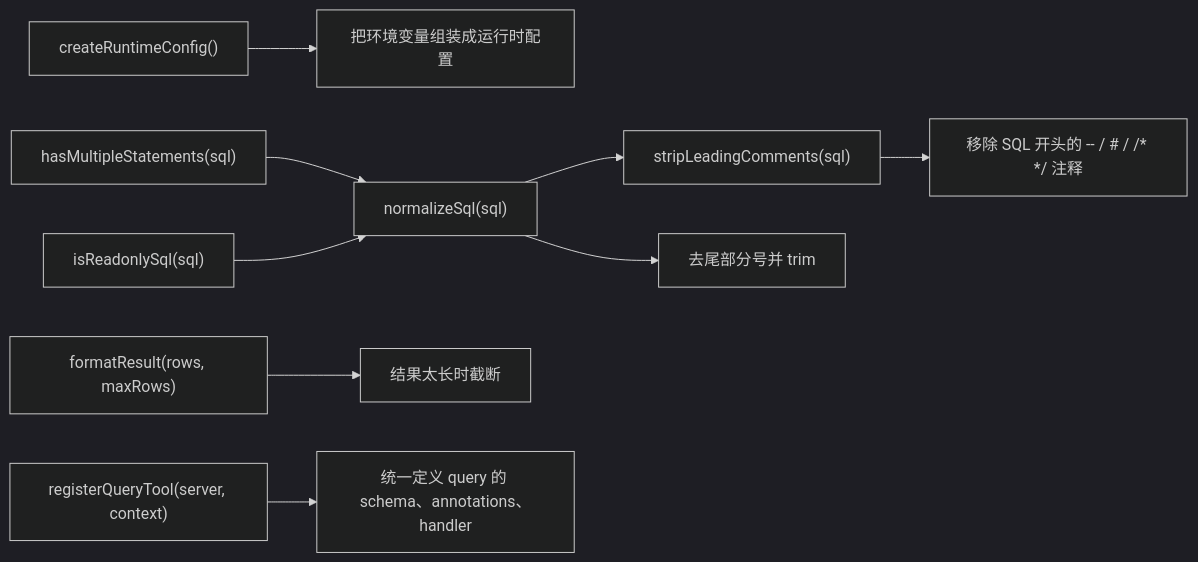
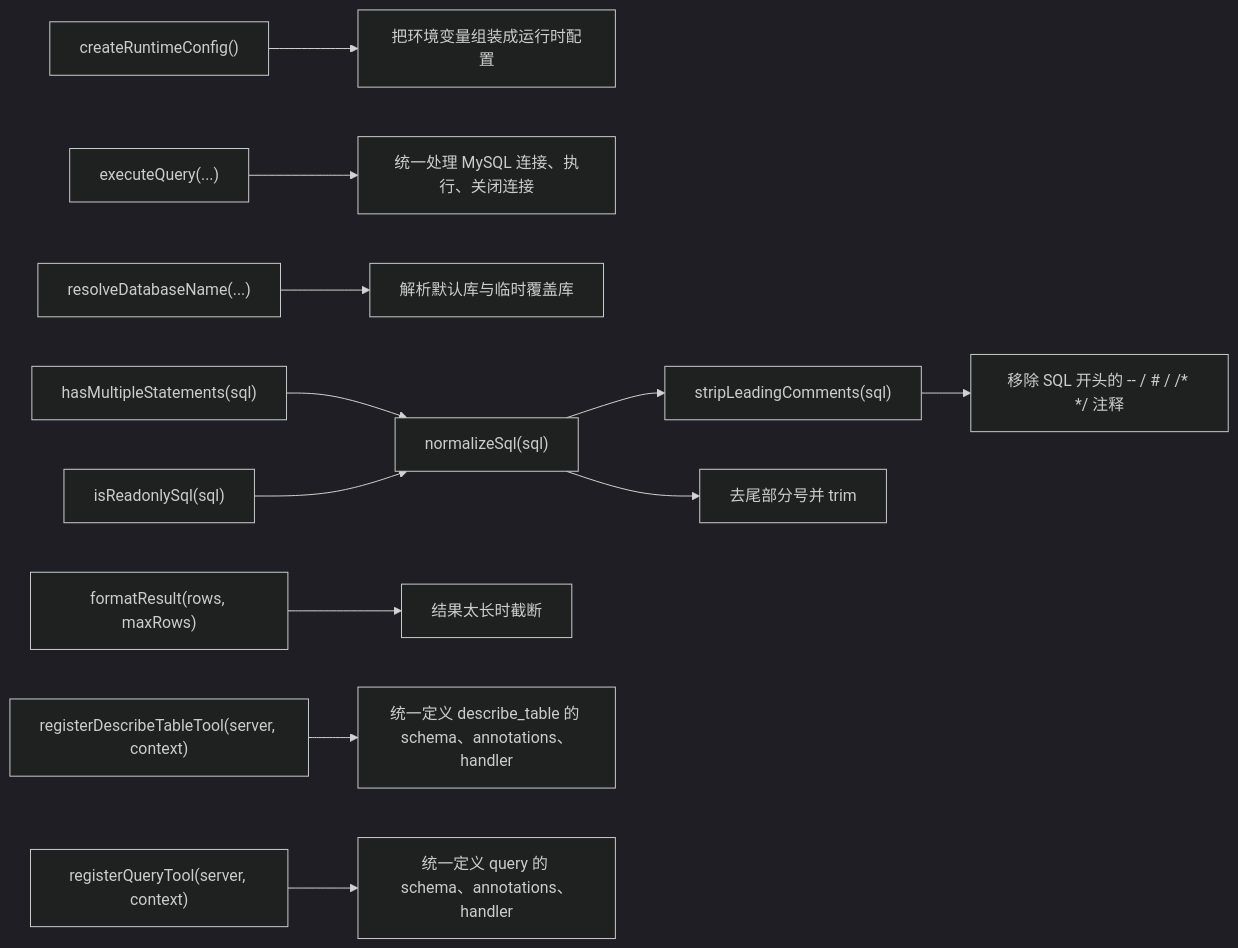
The fourth of 4 diagrams in docs/index-method-call-flow.md (Xguihur/mcp-test-sql), drawn with Mermaid (dark theme) before and after one commit. The commit also changed other lines of this file and 7 other files, not shown here.

````diff
--- a/docs/index-method-call-flow.md
+++ b/docs/index-method-call-flow.md
@@ -59,11 +79,14 @@
 ```mermaid
 flowchart LR
     A["createRuntimeConfig()"] --> A1["把环境变量组装成运行时配置"]
-    B["stripLeadingComments(sql)"] --> B1["移除 SQL 开头的 -- / # / /* */ 注释"]
-    C["normalizeSql(sql)"] --> B
-    C --> C1["去尾部分号并 trim"]
-    D["hasMultipleStatements(sql)"] --> C
-    E["isReadonlySql(sql)"] --> C
-    F["formatResult(rows, maxRows)"] --> F1["结果太长时截断"]
-    G["registerQueryTool(server, context)"] --> G1["统一定义 query 的 schema、annotations、handler"]
+    B["executeQuery(...)"] --> B1["统一处理 MySQL 连接、执行、关闭连接"]
+    C["resolveDatabaseName(...)"] --> C1["解析默认库与临时覆盖库"]
+    D["stripLeadingComments(sql)"] --> D1["移除 SQL 开头的 -- / # / /* */ 注释"]
+    E["normalizeSql(sql)"] --> D
+    E --> E1["去尾部分号并 trim"]
+    F["hasMultipleStatements(sql)"] --> E
+    G["isReadonlySql(sql)"] --> E
+    H["formatResult(rows, maxRows)"] --> H1["结果太长时截断"]
+    I["registerDescribeTableTool(server, context)"] --> I1["统一定义 describe_table 的 schema、annotations、handler"]
+    J["registerQueryTool(server, context)"] --> J1["统一定义 query 的 schema、annotations、handler"]
 ```
````
